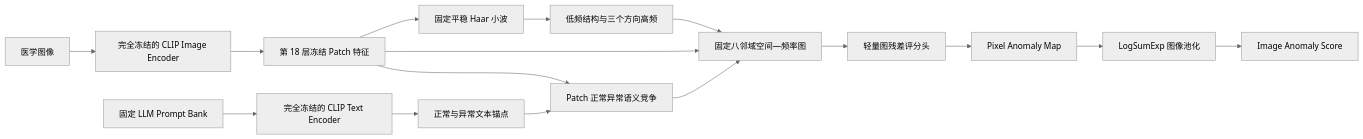
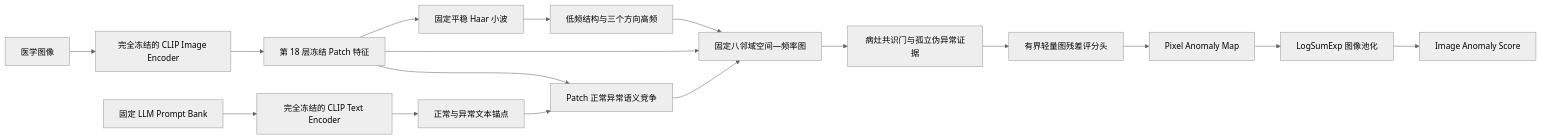
Before and after one commit to daynoenmy/graph: the diagram in V3_METHOD.md, drawn with Mermaid (neutral theme). The commit also changed other lines of this file and 8 other files, not shown here.

Commit message:
feat: strengthen V3 lesion-preserving graph

````diff
--- a/V3_METHOD.md
+++ b/V3_METHOD.md
@@ -31,18 +39,19 @@
 ```mermaid
 flowchart LR
     IMG["医学图像"] --> FROZEN["完全冻结的 CLIP Image Encoder"]
     PROMPT["固定 LLM Prompt Bank"] --> TEXT["完全冻结的 CLIP Text Encoder"]
     TEXT --> ANCHOR["正常与异常文本锚点"]
     FROZEN --> PATCH["第 18 层冻结 Patch 特征"]
     PATCH --> SWT["固定平稳 Haar 小波"]
     SWT --> BANDS["低频结构与三个方向高频"]
     PATCH --> GRAPH["固定八邻域空间—频率图"]
     BANDS --> GRAPH
     ANCHOR --> PRIOR["Patch 正常异常语义竞争"]
     PATCH --> PRIOR
     PRIOR --> GRAPH
-    GRAPH --> HEAD["轻量图残差评分头"]
+    GRAPH --> GATE["病灶共识门与孤立伪异常证据"]
+    GATE --> HEAD["有界轻量图残差评分头"]
     HEAD --> MAP["Pixel Anomaly Map"]
     MAP --> LSE["LogSumExp 图像池化"]
     LSE --> SCORE["Image Anomaly Score"]
 ```
````
